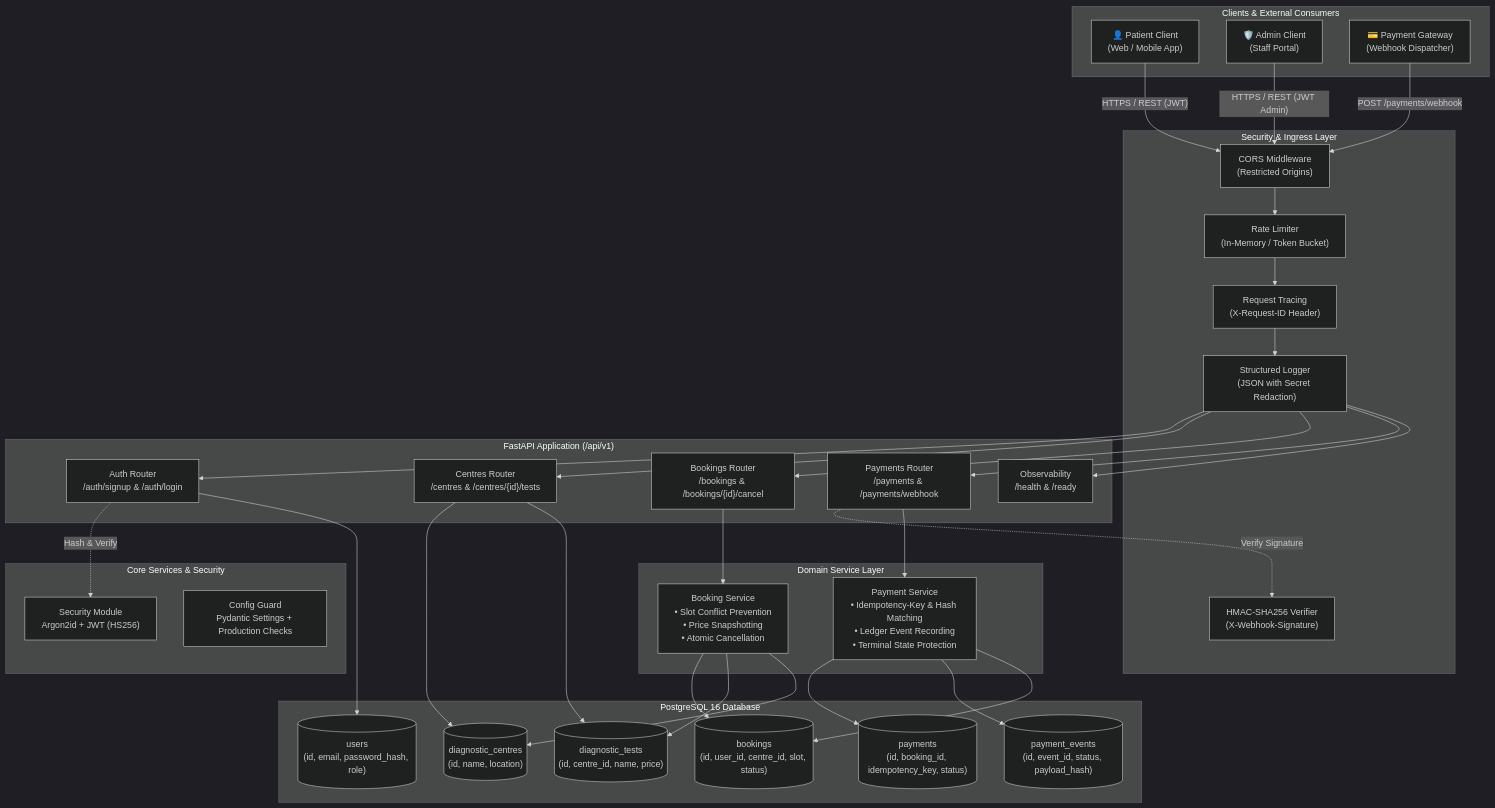
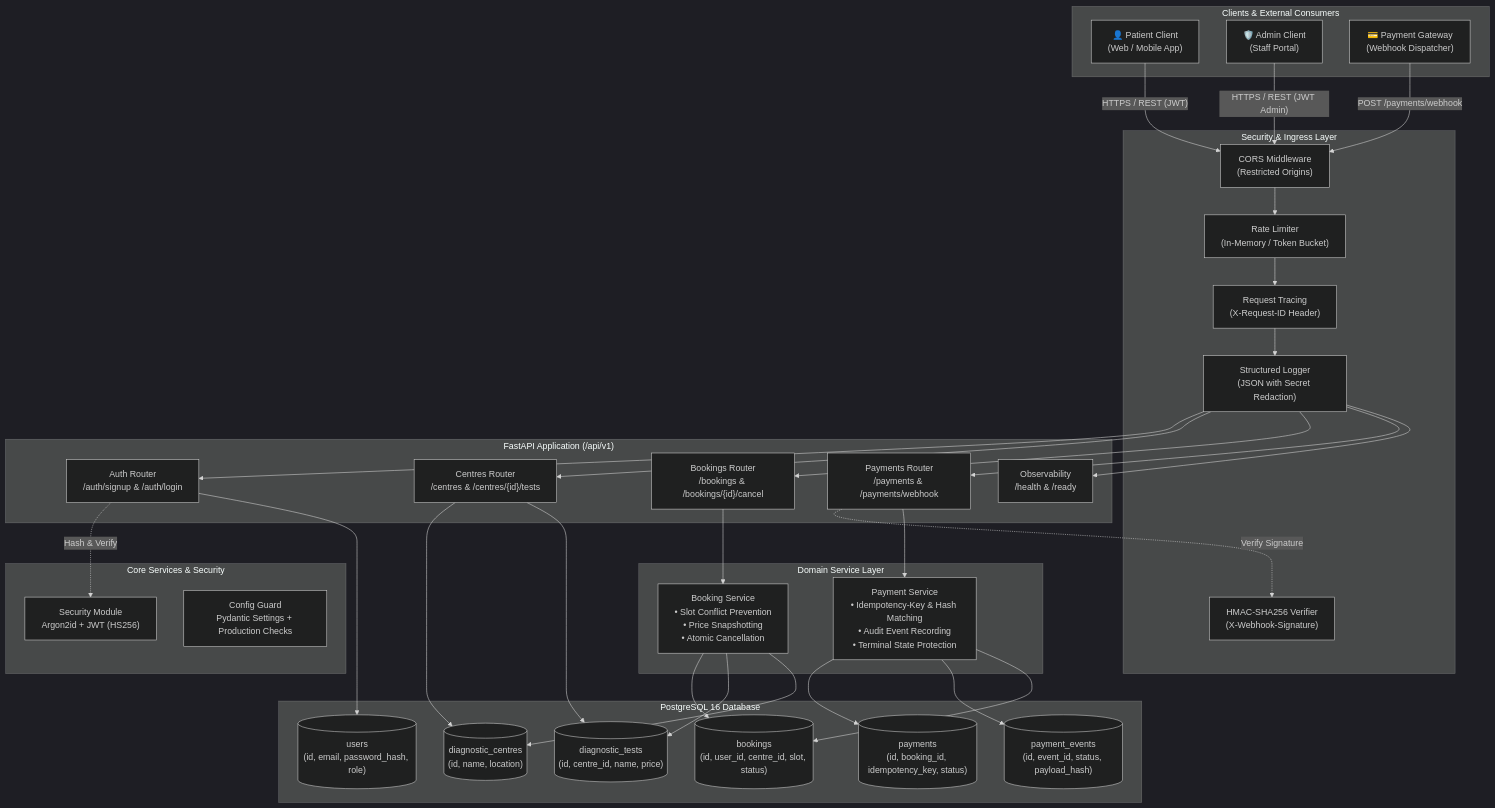
Before and after one commit to Bhaumik-99/EVE-ASSIGNMENT: the first of 4 diagrams in README.md, drawn with Mermaid (dark theme). The commit also changed other lines of this file and 1 other file, not shown here.

Commit message:
fix: harden PATCH /centres/{id} with proactive conflict check and update README ledger terminology

````diff
--- a/README.md
+++ b/README.md
@@ -56,71 +56,71 @@
 ```mermaid
 graph TB
     subgraph Clients["Clients & External Consumers"]
         PAT["👤 Patient Client<br/>(Web / Mobile App)"]
         ADM["🛡️ Admin Client<br/>(Staff Portal)"]
         PGW["💳 Payment Gateway<br/>(Webhook Dispatcher)"]
     end
 
     subgraph Ingress["Security & Ingress Layer"]
         CORS["CORS Middleware<br/>(Restricted Origins)"]
         RL["Rate Limiter<br/>(In-Memory / Token Bucket)"]
         RID["Request Tracing<br/>(X-Request-ID Header)"]
         LOG["Structured Logger<br/>(JSON with Secret Redaction)"]
         HMAC["HMAC-SHA256 Verifier<br/>(X-Webhook-Signature)"]
     end
 
     subgraph API["FastAPI Application (/api/v1)"]
         AUTH["Auth Router<br/>/auth/signup & /auth/login"]
         CTR["Centres Router<br/>/centres & /centres/{id}/tests"]
         BKG["Bookings Router<br/>/bookings & /bookings/{id}/cancel"]
         PAY["Payments Router<br/>/payments & /payments/webhook"]
         HLT["Observability<br/>/health & /ready"]
     end
 
     subgraph Core["Core Services & Security"]
         SEC["Security Module<br/>Argon2id + JWT (HS256)"]
         CFG["Config Guard<br/>Pydantic Settings + Production Checks"]
     end
 
     subgraph Services["Domain Service Layer"]
         BS["Booking Service<br/>• Slot Conflict Prevention<br/>• Price Snapshotting<br/>• Atomic Cancellation"]
-        PS["Payment Service<br/>• Idempotency-Key & Hash Matching<br/>• Ledger Event Recording<br/>• Terminal State Protection"]
+        PS["Payment Service<br/>• Idempotency-Key & Hash Matching<br/>• Audit Event Recording<br/>• Terminal State Protection"]
     end
 
     subgraph Storage["PostgreSQL 16 Database"]
         U[("users<br/>(id, email, password_hash, role)")]
         DC[("diagnostic_centres<br/>(id, name, location)")]
         DT[("diagnostic_tests<br/>(id, centre_id, name, price)")]
         BK[("bookings<br/>(id, user_id, centre_id, slot, status)")]
         PM[("payments<br/>(id, booking_id, idempotency_key, status)")]
         PE[("payment_events<br/>(id, event_id, status, payload_hash)")]
     end
 
     PAT -->|"HTTPS / REST (JWT)"| CORS
     ADM -->|"HTTPS / REST (JWT Admin)"| CORS
     PGW -->|"POST /payments/webhook"| CORS
 
     CORS --> RL --> RID --> LOG
 
     LOG --> AUTH
     LOG --> CTR
     LOG --> BKG
     LOG --> PAY
     LOG --> HLT
 
     AUTH -.->|"Hash & Verify"| SEC
     PAY -.->|"Verify Signature"| HMAC
 
     AUTH --> U
     CTR --> DC
     CTR --> DT
     BKG --> BS
     PAY --> PS
 
     BS --> BK
     BS --> DT
     BS --> DC
     PS --> PM
     PS --> PE
     PS --> BK
 ```
````
